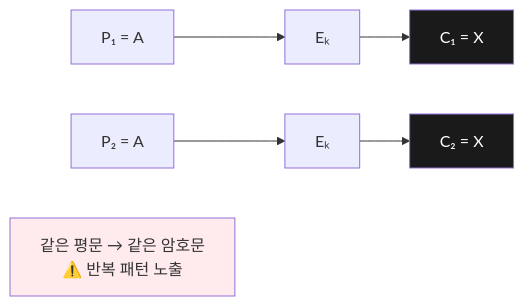
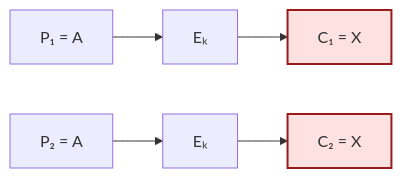
Before and after one commit to KMUTMU/information-security: the sixth of 12 diagrams in 02_대칭키암호_정리.md, drawn with Mermaid. The commit also changed other lines of this file and 5 other files, not shown here.

Commit message:
Mermaid 다이어그램 가독성 개선: 짧은 라벨·이모지 제거·색상 최소화

````diff
--- a/02_대칭키암호_정리.md
+++ b/02_대칭키암호_정리.md
@@ -212,9 +198,7 @@
 ```mermaid
 flowchart LR
     P1["P₁ = A"] --> E1["Eₖ"] --> C1["C₁ = X"]
     P2["P₂ = A"] --> E2["Eₖ"] --> C2["C₂ = X"]
-    note["같은 평문 → 같은 암호문<br/>⚠️ 반복 패턴 노출"]
-    style C1 fill:#1a1a1a,color:#fff
-    style C2 fill:#1a1a1a,color:#fff
-    style note fill:#ffebee
+    classDef bad fill:#fee2e2,stroke:#991b1b,stroke-width:2px
+    class C1,C2 bad
 ```
````
